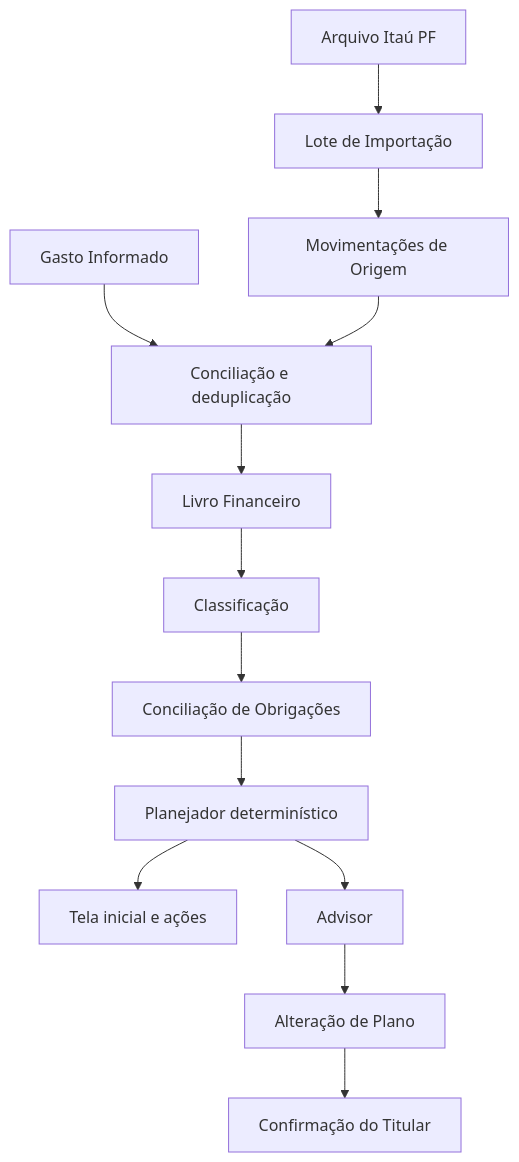
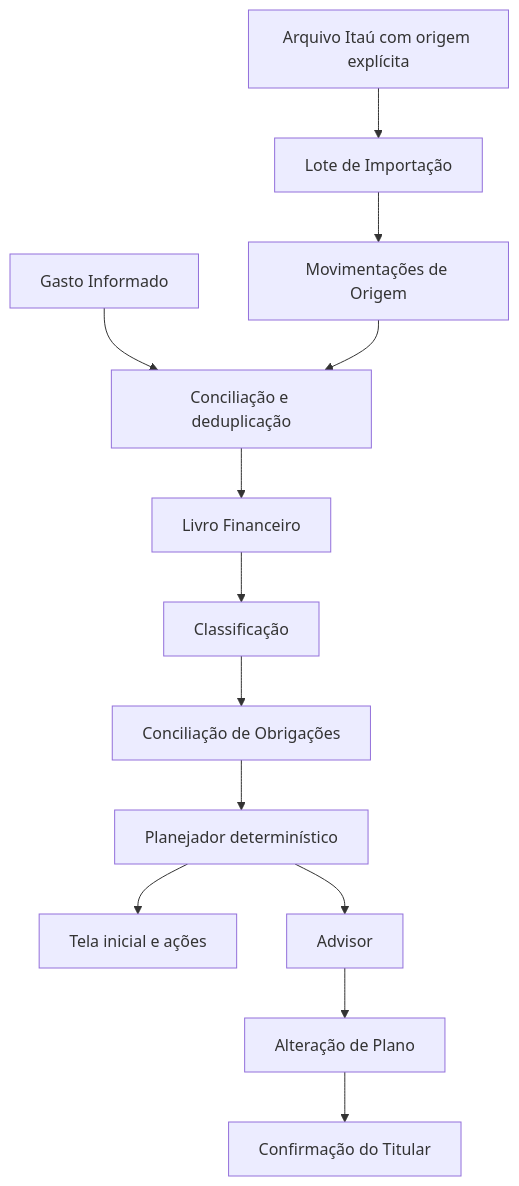
The second of 3 diagrams in docs/architecture.md (brenomzy/brenotion), drawn with Mermaid before and after one commit. The commit also changed other lines of this file and 8 other files, not shown here.

````diff
--- a/docs/architecture.md
+++ b/docs/architecture.md
@@ -153,15 +191,15 @@
 ```mermaid
 flowchart TD
-    R["Arquivo Itaú PF"] --> B["Lote de Importação"]
+    R["Arquivo Itaú com origem explícita"] --> B["Lote de Importação"]
     B --> I["Movimentações de Origem"]
     G["Gasto Informado"] --> D["Conciliação e deduplicação"]
     I --> D
     D --> L["Livro Financeiro"]
     L --> C["Classificação"]
     C --> O["Conciliação de Obrigações"]
     O --> P["Planejador determinístico"]
     P --> H["Tela inicial e ações"]
     P --> A["Advisor"]
     A --> X["Alteração de Plano"]
     X --> Q["Confirmação do Titular"]
 ```
````
